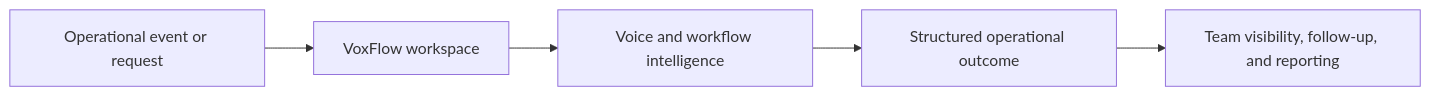
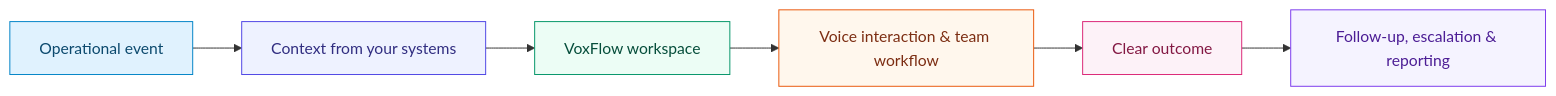
The diagram in README.md (jeevesh2515/voxflow-voice-agent), drawn with Mermaid before and after one commit. The commit also changed other lines of this file, not shown here.

````diff
--- a/README.md
+++ b/README.md
@@ -29,7 +48,15 @@
 ```mermaid
 flowchart LR
-    A[Operational event or request] --> B[VoxFlow workspace]
-    B --> C[Voice and workflow intelligence]
-    C --> D[Structured operational outcome]
-    D --> E[Team visibility, follow-up, and reporting]
+    A[Operational event] --> B[Context from your systems]
+    B --> C[VoxFlow workspace]
+    C --> D[Voice interaction & team workflow]
+    D --> E[Clear outcome]
+    E --> F[Follow-up, escalation & reporting]
+
+    style A fill:#E0F2FE,stroke:#0284C7,color:#0C4A6E
+    style B fill:#EEF2FF,stroke:#4F46E5,color:#312E81
+    style C fill:#ECFDF5,stroke:#059669,color:#064E3B
+    style D fill:#FFF7ED,stroke:#EA580C,color:#7C2D12
+    style E fill:#FDF2F8,stroke:#DB2777,color:#831843
+    style F fill:#F5F3FF,stroke:#7C3AED,color:#4C1D95
 ```
````
